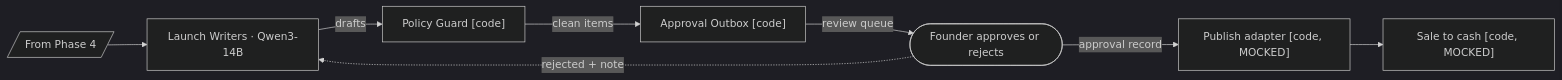
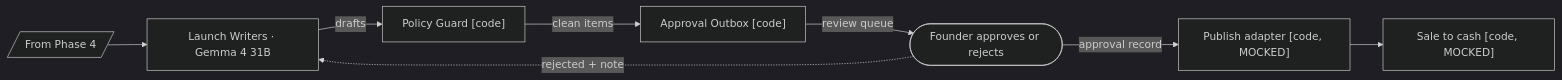
The sixth of 9 diagrams in ARCHITECTURE.md (Lotr2/sudo_win), drawn with Mermaid (dark theme) before and after one commit. The commit also changed other lines of this file and 15 other files, not shown here.

First line of the commit message:
Switch second model from Qwen3-14B to Gemma 4 31B on the Gemini API

````diff
--- a/ARCHITECTURE.md
+++ b/ARCHITECTURE.md
@@ -316,7 +316,7 @@
 ```mermaid
 flowchart LR
-  in5[/"From Phase 4"/] --> lw["Launch Writers · Qwen3-14B"] -->|drafts| pg["Policy Guard [code]"] -->|clean items| ob["Approval Outbox [code]"] -->|review queue| f5(["Founder approves or rejects"])
+  in5[/"From Phase 4"/] --> lw["Launch Writers · Gemma 4 31B"] -->|drafts| pg["Policy Guard [code]"] -->|clean items| ob["Approval Outbox [code]"] -->|review queue| f5(["Founder approves or rejects"])
   f5 -.->|rejected + note| lw
   f5 -->|approval record| pub["Publish adapter [code, MOCKED]"]
   pub --> s2c["Sale to cash [code, MOCKED]"]
 ```
````
